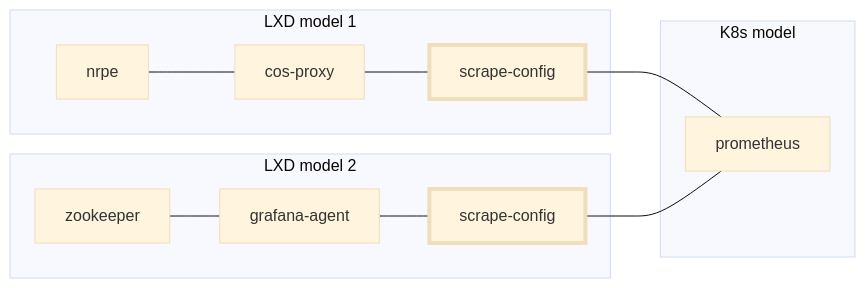
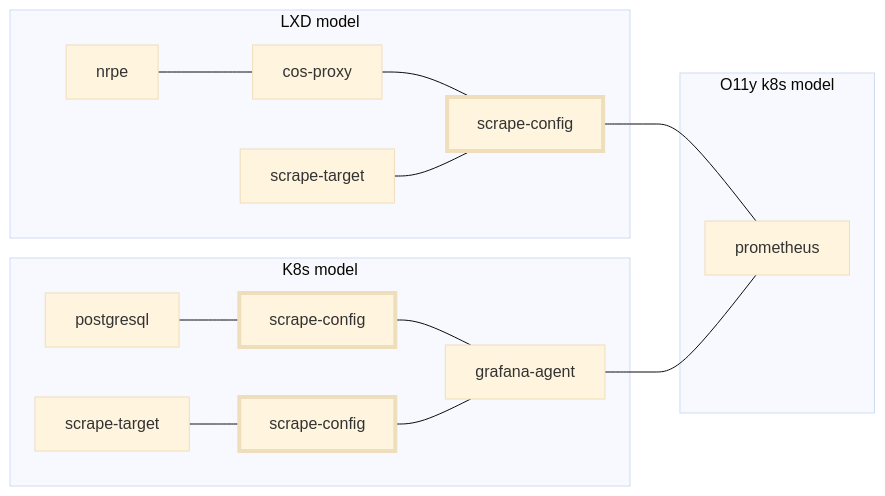
Before and after one commit to canonical/prometheus-scrape-config-k8s-operator: the diagram in INTEGRATING.md, drawn with Mermaid (base theme).

````diff
--- a/INTEGRATING.md
+++ b/INTEGRATING.md
@@ -3,23 +3,30 @@
 ```mermaid
 graph LR
 
-subgraph LXD model 1
+subgraph LXD model
 nrpe --- cos-proxy --- sc1[scrape-config]
+st1[scrape-target] --- sc1[scrape-config]
+
 end
 
 sc1 --- prometheus
 
-subgraph LXD model 2
-zookeeper --- grafana-agent --- sc2[scrape-config]
+
+subgraph K8s model
+postgresql --- sc3[scrape-config]
+st2[scrape-target] --- sc4[scrape-config]
+sc3 --- ga2[grafana-agent]
+sc4 --- ga2
 end
 
-sc2 --- prometheus
+ga2 --- prometheus
 
-subgraph K8s model
+subgraph O11y k8s model
 prometheus
 end
 
 
 style sc1 stroke-width:4px
-style sc2 stroke-width:4px
+style sc3 stroke-width:4px
+style sc4 stroke-width:4px
 ```
````
